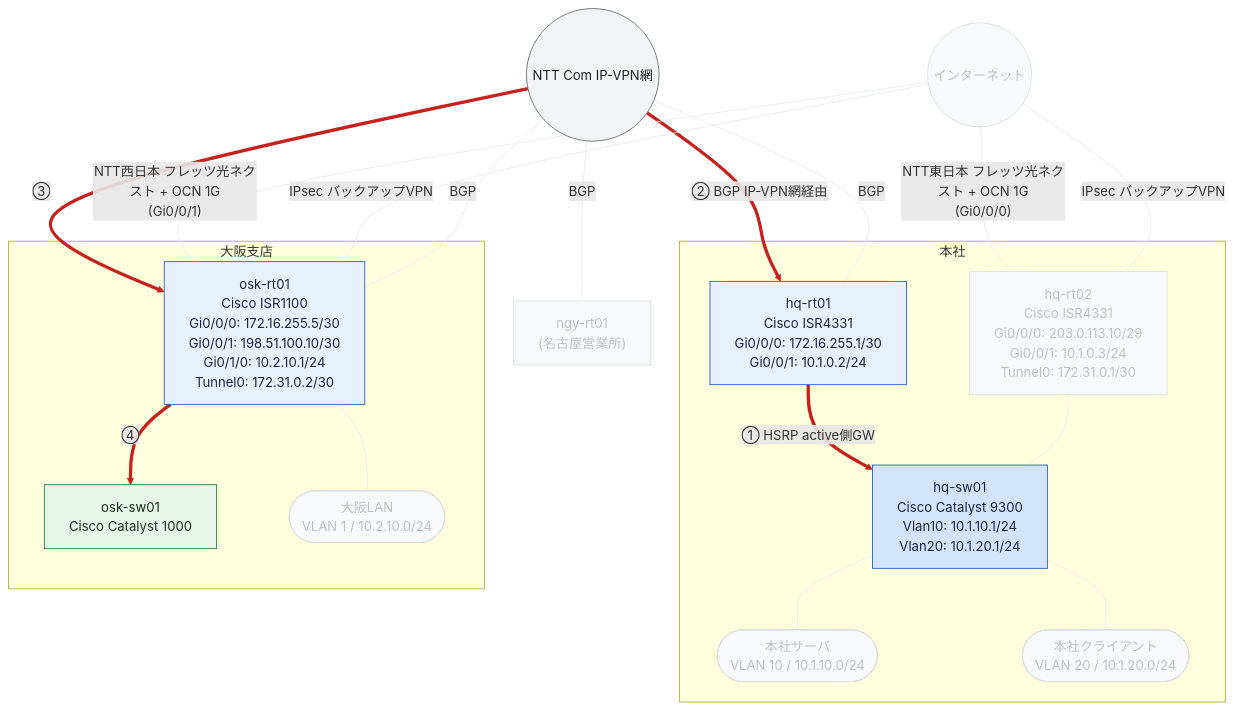
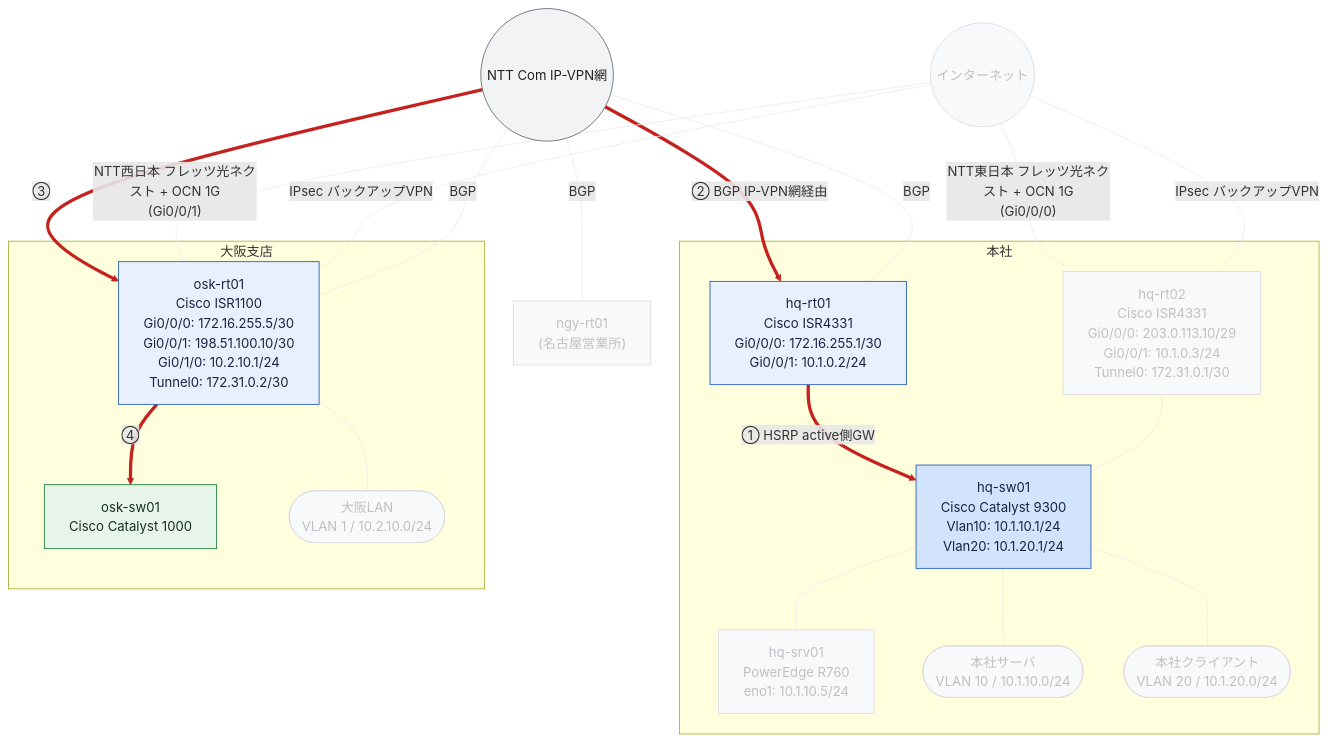
The diagram in examples/sample-corp/generated/path-normal.mmd (thinas1115/nwdsl), drawn with Mermaid before and after one commit. The commit also changed 40 other files, not shown here.

First line of the commit message:
論理図でセグメント配下の端末を入れ子表示する機能を追加 (ADR-0009)

```diff
--- a/examples/sample-corp/generated/path-normal.mmd
+++ b/examples/sample-corp/generated/path-normal.mmd
@@ -1,50 +1,52 @@
 flowchart TB
   subgraph sg_hq["本社"]
     hq_rt01["hq-rt01<br>Cisco ISR4331<br>Gi0/0/0: 172.16.255.1/30<br>Gi0/0/1: 10.1.0.2/24"]
     hq_sw01["hq-sw01<br>Cisco Catalyst 9300<br>Vlan10: 10.1.10.1/24<br>Vlan20: 10.1.20.1/24"]
     hq_rt02["hq-rt02<br>Cisco ISR4331<br>Gi0/0/0: 203.0.113.10/29<br>Gi0/0/1: 10.1.0.3/24<br>Tunnel0: 172.31.0.1/30"]
+    hq_srv01["hq-srv01<br>PowerEdge R760<br>eno1: 10.1.10.5/24"]
     seg__hq_server(["本社サーバ<br>VLAN 10 / 10.1.10.0/24"])
     seg__hq_client(["本社クライアント<br>VLAN 20 / 10.1.20.0/24"])
   end
   subgraph sg_osk["大阪支店"]
     osk_rt01["osk-rt01<br>Cisco ISR1100<br>Gi0/0/0: 172.16.255.5/30<br>Gi0/0/1: 198.51.100.10/30<br>Gi0/1/0: 10.2.10.1/24<br>Tunnel0: 172.31.0.2/30"]
     osk_sw01["osk-sw01<br>Cisco Catalyst 1000"]
     seg__osk_lan(["大阪LAN<br>VLAN 1 / 10.2.10.0/24"])
   end
   ipvpn(("NTT Com IP-VPN網"))
   internet(("インターネット"))
   ngy_rt01["ngy-rt01<br>(名古屋営業所)"]
   hq_rt01 -->|"① HSRP active側GW"| hq_sw01
   hq_rt02 --- hq_sw01
   osk_rt01 -->|"④"| osk_sw01
+  hq_sw01 --- hq_srv01
   ipvpn -->|"② BGP IP-VPN網経由"| hq_rt01
   ipvpn -->|"③"| osk_rt01
   internet ---|"NTT東日本 フレッツ光ネクスト + OCN 1G<br>(Gi0/0/0)"| hq_rt02
   internet ---|"NTT西日本 フレッツ光ネクスト + OCN 1G<br>(Gi0/0/1)"| osk_rt01
   internet ---|"IPsec バックアップVPN"| hq_rt02
   internet ---|"IPsec バックアップVPN"| osk_rt01
   ipvpn ---|"BGP"| hq_rt01
   ipvpn ---|"BGP"| osk_rt01
   ipvpn ---|"BGP"| ngy_rt01
   hq_sw01 --- seg__hq_server
   hq_sw01 --- seg__hq_client
   osk_rt01 --- seg__osk_lan
 
   classDef node_dim fill:#f8f9fa,stroke:#dadce0,color:#bdc1c6
   classDef node_failed fill:#fce8e6,stroke:#c5221f,color:#3c1a19
   classDef role_router fill:#e8f0fe,stroke:#1a56b0,color:#1a2340
   classDef role_l3switch fill:#d2e3fc,stroke:#1a56b0,color:#1a2340
   classDef role_l2switch fill:#e6f4ea,stroke:#137333,color:#1a2e1f
   classDef role_firewall fill:#fce8e6,stroke:#c5221f,color:#3c1a19
   classDef role_other fill:#f1f3f4,stroke:#5f6368,color:#202124
   classDef node_cloud fill:#f1f3f4,stroke:#5f6368,color:#202124
   classDef node_site fill:#fff8e1,stroke:#b58105,color:#4a3a08
   classDef node_segment fill:#e2f5f0,stroke:#0f766e,color:#0b3d38
   classDef node_external fill:#ffffff,stroke:#9aa0a6,stroke-dasharray:3 3,color:#5f6368
   class hq_rt01,osk_rt01 role_router
   class hq_sw01 role_l3switch
-  class hq_rt02,internet,ngy_rt01,seg__hq_server,seg__hq_client,seg__osk_lan node_dim
+  class hq_rt02,hq_srv01,internet,ngy_rt01,seg__hq_server,seg__hq_client,seg__osk_lan node_dim
   class osk_sw01 role_l2switch
   class ipvpn node_cloud
-  linkStyle 0,2,3,4 stroke:#c5221f,stroke-width:4px
-  linkStyle 1,5,6,7,8,9,10,11,12,13,14 stroke:#e8eaed,stroke-width:1px
+  linkStyle 0,2,4,5 stroke:#c5221f,stroke-width:4px
+  linkStyle 1,3,6,7,8,9,10,11,12,13,14,15 stroke:#e8eaed,stroke-width:1px
```
